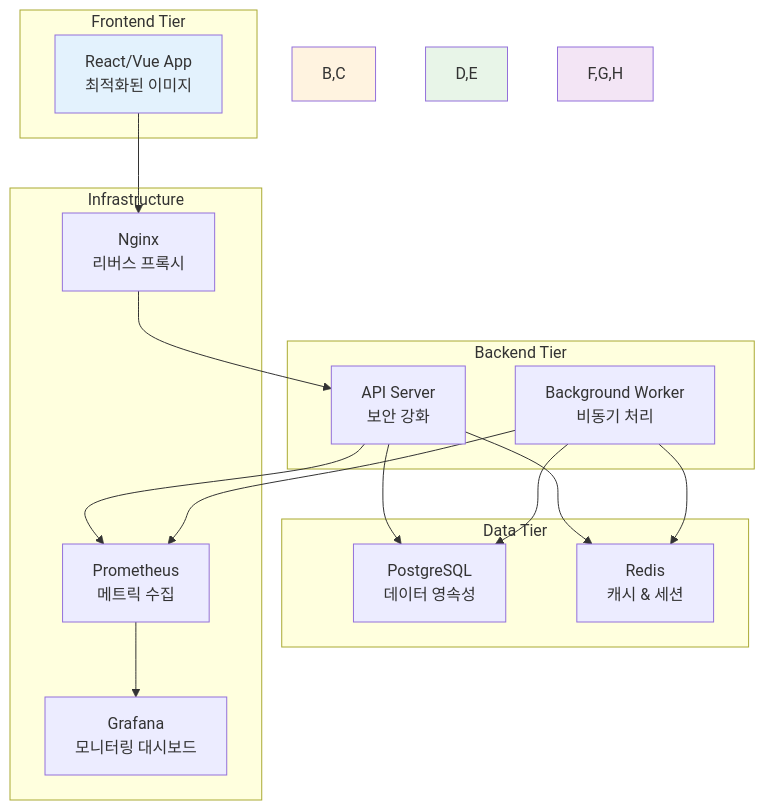
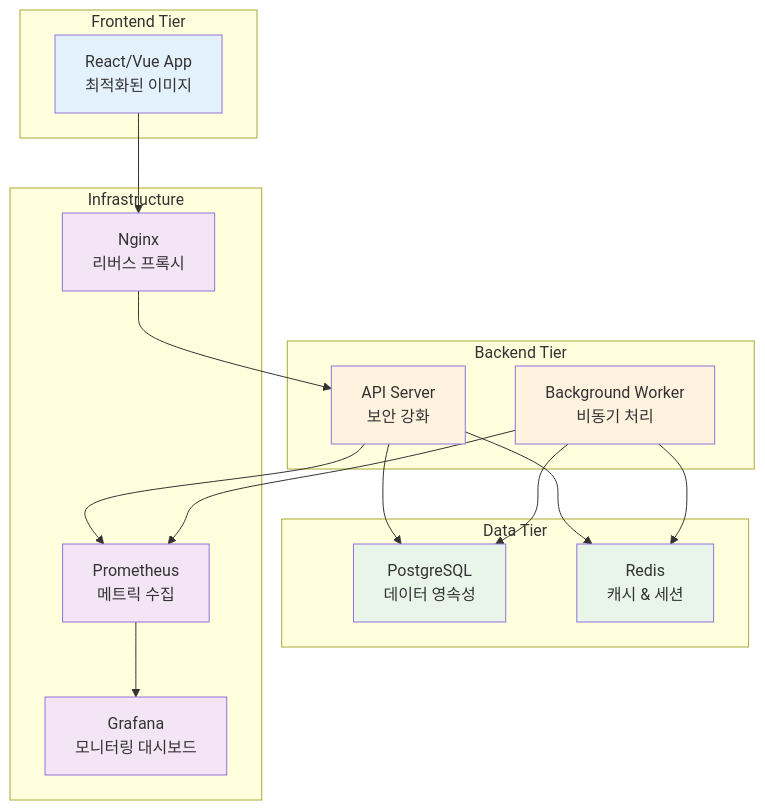
Diagram 12 of 14 in theory/week_02/day4/README_corrected.md (niceguy61/kdt_devops_lecture_2025), drawn with Mermaid before and after one commit. The commit also changed other lines of this file and 63 other files, not shown here.

````diff
--- a/theory/week_02/day4/README_corrected.md
+++ b/theory/week_02/day4/README_corrected.md
@@ -504,38 +542,42 @@
 ```mermaid
 graph TB
     subgraph "Frontend Tier"
         A[React/Vue App<br/>최적화된 이미지]
     end
     
     subgraph "Backend Tier"
         B[API Server<br/>보안 강화]
         C[Background Worker<br/>비동기 처리]
     end
     
     subgraph "Data Tier"
         D[PostgreSQL<br/>데이터 영속성]
         E[Redis<br/>캐시 & 세션]
     end
     
     subgraph "Infrastructure"
         F[Nginx<br/>리버스 프록시]
         G[Prometheus<br/>메트릭 수집]
         H[Grafana<br/>모니터링 대시보드]
     end
     
     A --> F
     F --> B
     B --> D
     B --> E
     C --> D
     C --> E
     
     B --> G
     C --> G
     G --> H
     
     style A fill:#e3f2fd
-    style B,C fill:#fff3e0
-    style D,E fill:#e8f5e8
-    style F,G,H fill:#f3e5f5
+    style B fill:#fff3e0
+    style C fill:#fff3e0
+    style D fill:#e8f5e8
+    style E fill:#e8f5e8
+    style F fill:#f3e5f5
+    style G fill:#f3e5f5
+    style H fill:#f3e5f5
 ```
````
